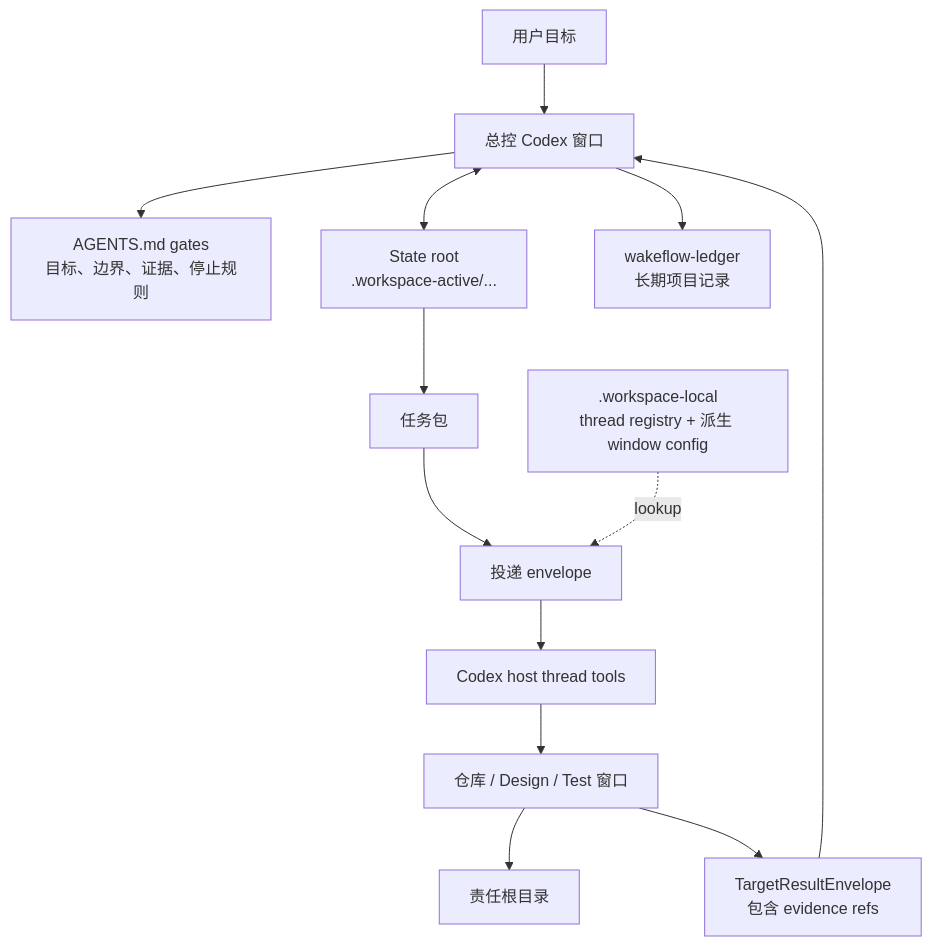
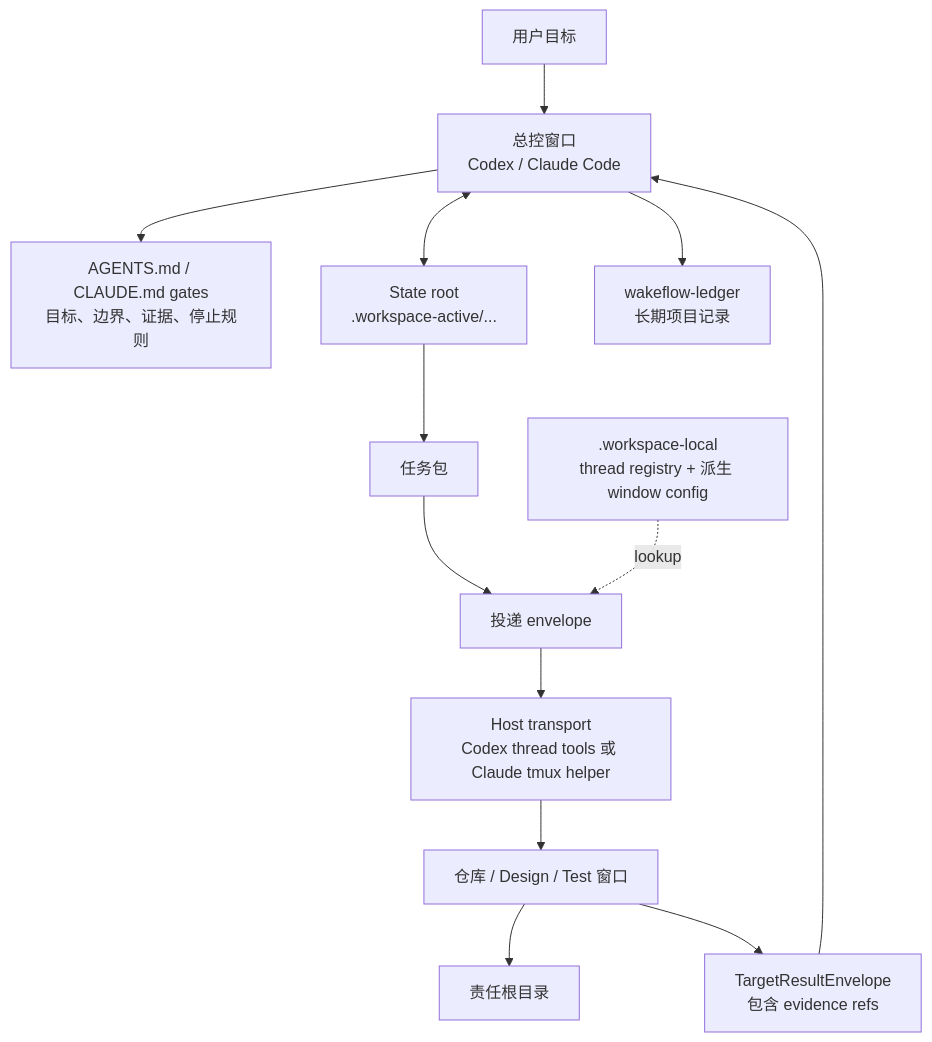
One commit to GxFn/Wakeflow changed the diagram in README.zh-CN.md. Above: the diagram before and after it, drawn with Mermaid. The commit also changed other lines of this file and 5 other files, not shown here.

````diff
--- a/README.zh-CN.md
+++ b/README.zh-CN.md
@@ -50,15 +52,15 @@
 ```mermaid
 flowchart TD
-  User["用户目标"] --> Controller["总控 Codex 窗口"]
-  Controller --> Gates["AGENTS.md gates<br/>目标、边界、证据、停止规则"]
+  User["用户目标"] --> Controller["总控窗口<br/>Codex / Claude Code"]
+  Controller --> Gates["AGENTS.md / CLAUDE.md gates<br/>目标、边界、证据、停止规则"]
   Controller <--> StateRoot["State root<br/>.workspace-active/..."]
   StateRoot --> Tasks["任务包"]
   Tasks --> Delivery["投递 envelope"]
   LocalRuntime[".workspace-local<br/>thread registry + 派生 window config"] -. "lookup" .-> Delivery
-  Delivery --> Host["Codex host thread tools"]
+  Delivery --> Host["Host transport<br/>Codex thread tools 或 Claude tmux helper"]
   Host --> Targets["仓库 / Design / Test 窗口"]
   Targets --> Repos["责任根目录"]
   Targets --> Results["TargetResultEnvelope<br/>包含 evidence refs"]
   Results --> Controller
   Controller --> Ledger["wakeflow-ledger<br/>长期项目记录"]
 ```
````
